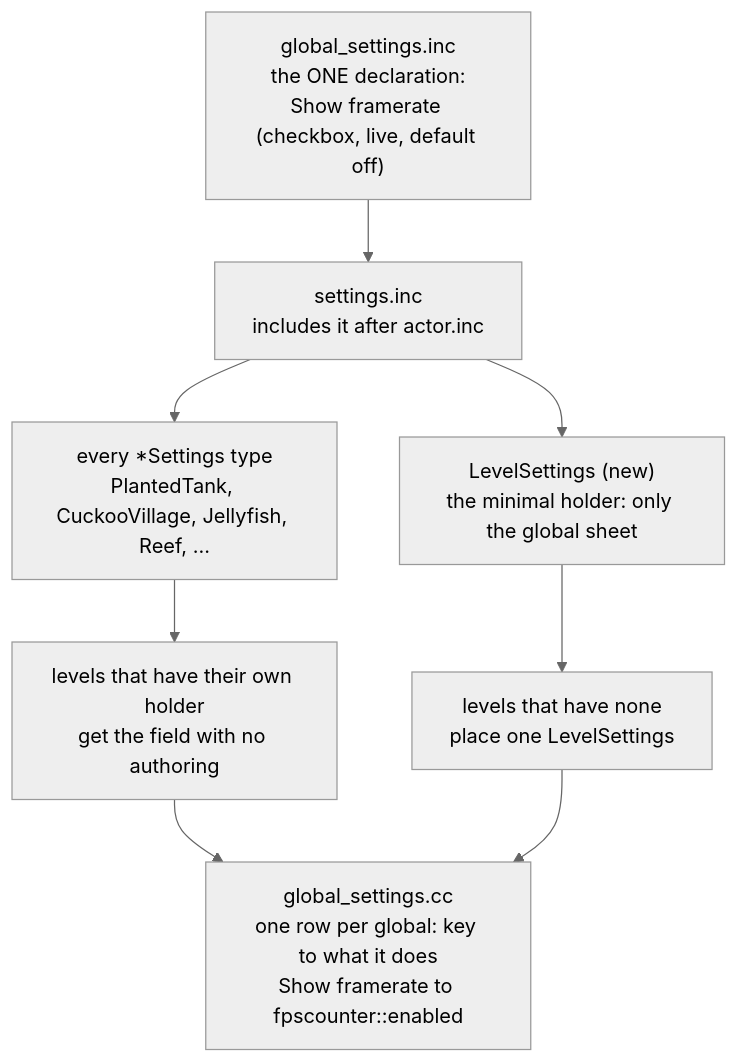
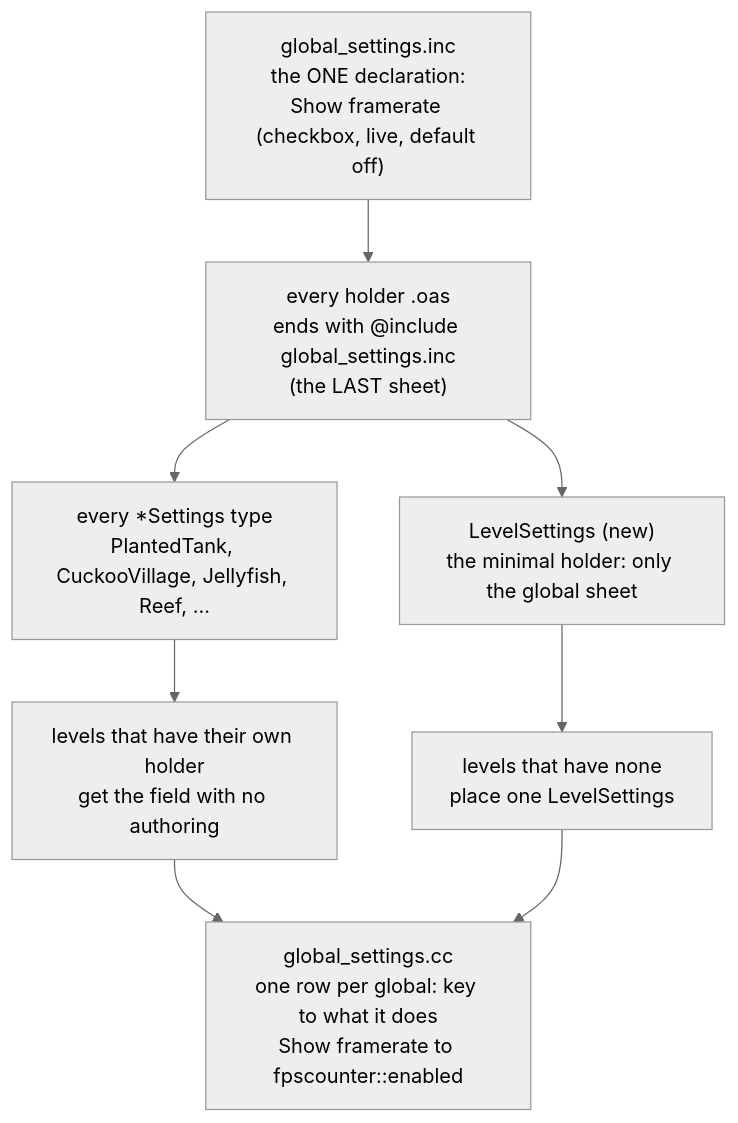
One commit to wbniv/WorldFoundry changed the first of 3 diagrams in docs/plans/2026-11-22-global-level-settings.md. Above: the diagram before and after it, drawn with Mermaid (neutral theme). The commit also changed other lines of this file and 1 other file, not shown here.

First line of the commit message:
Global level settings plan: phase 1 built; the sheet goes last so no field id moves

````diff
--- a/docs/plans/2026-11-22-global-level-settings.md
+++ b/docs/plans/2026-11-22-global-level-settings.md
@@ -15,14 +15,14 @@
 ```mermaid
 flowchart TB
 G["global_settings.inc<br/>the ONE declaration:<br/>Show framerate (checkbox, live, default off)"]
-S["settings.inc<br/>includes it after actor.inc"]
+S["every holder .oas<br/>ends with @include global_settings.inc<br/>(the LAST sheet)"]
 T1["every *Settings type<br/>PlantedTank, CuckooVillage, Jellyfish, Reef, ..."]
 T2["LevelSettings (new)<br/>the minimal holder: only the global sheet"]
 L1["levels that have their own holder<br/>get the field with no authoring"]
 L2["levels that have none<br/>place one LevelSettings"]
 E["global_settings.cc<br/>one row per global: key to what it does<br/>Show framerate to fpscounter::enabled"]
 G --> S --> T1 --> L1
 S --> T2 --> L2
 L1 --> E
 L2 --> E
 ```
````
